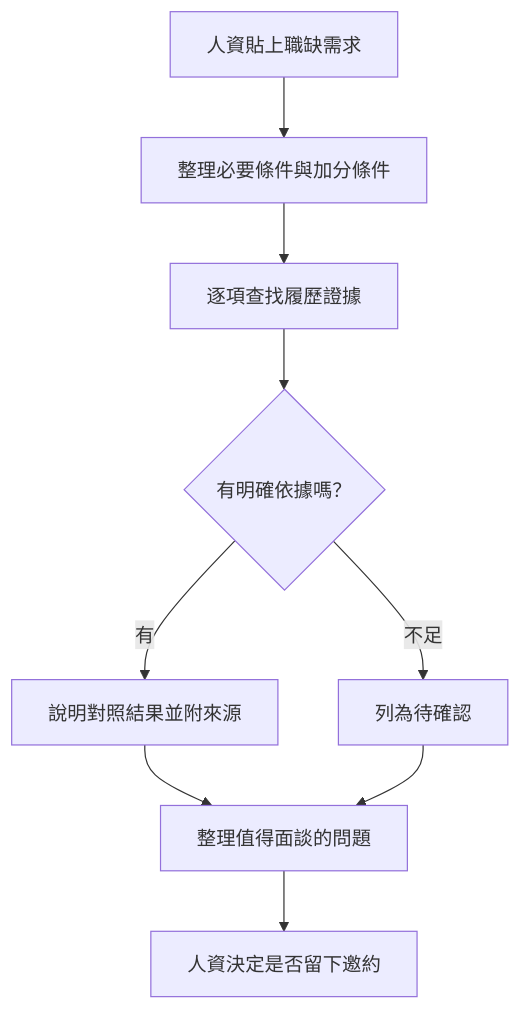
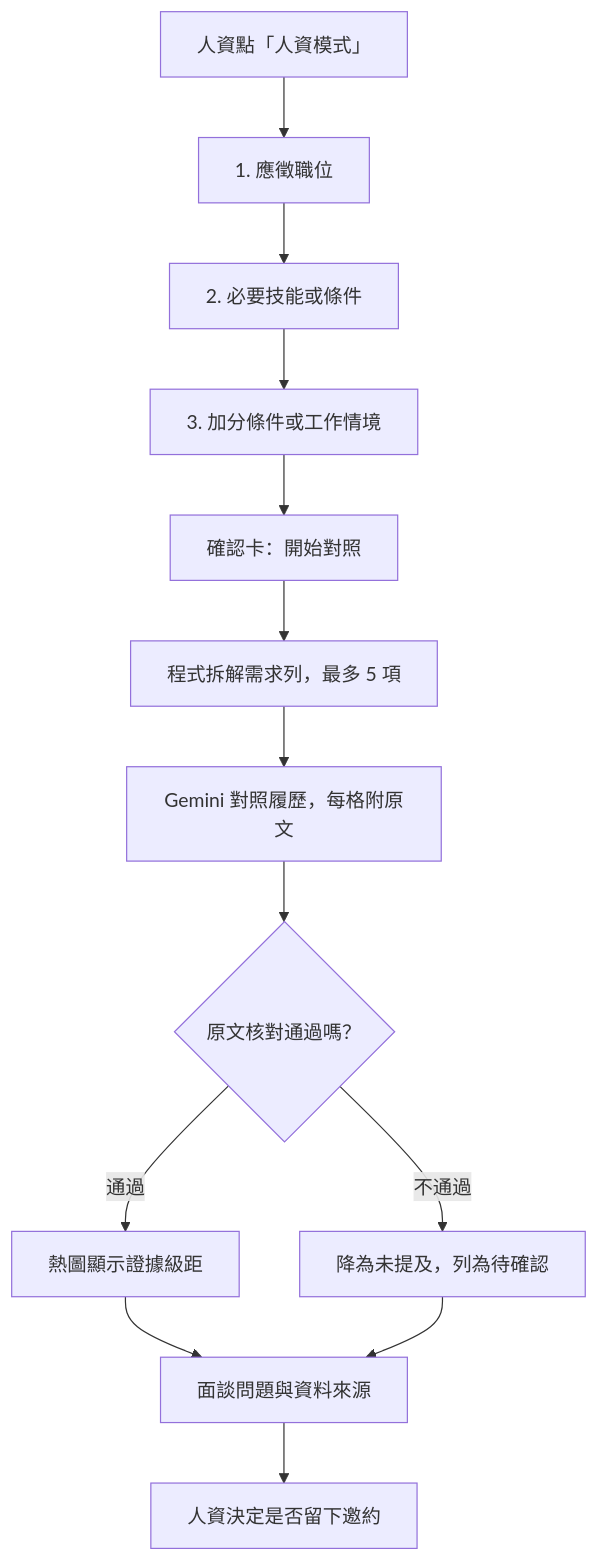
The diagram in docs/安裝後延伸思考.md (canlgz/ResumeRAGbot), drawn with Mermaid before and after one commit. The commit also changed other lines of this file and 20 other files, not shown here.

````diff
--- a/docs/安裝後延伸思考.md
+++ b/docs/安裝後延伸思考.md
@@ -11,11 +7,15 @@
 ```mermaid
 flowchart TD
-    A[人資貼上職缺需求] --> B[整理必要條件與加分條件]
-    B --> C[逐項查找履歷證據]
-    C --> D{有明確依據嗎？}
-    D -->|有| E[說明對照結果並附來源]
-    D -->|不足| F[列為待確認]
-    E --> G[整理值得面談的問題]
-    F --> G
-    G --> H[人資決定是否留下邀約]
+    A[人資點「人資模式」] --> B[1. 應徵職位]
+    B --> C[2. 必要技能或條件]
+    C --> D[3. 加分條件或工作情境]
+    D --> E[確認卡：開始對照]
+    E --> F[程式拆解需求列，最多 5 項]
+    F --> G[Gemini 對照履歷，每格附原文]
+    G --> H{原文核對通過嗎？}
+    H -->|通過| I[熱圖顯示證據級距]
+    H -->|不通過| J[降為未提及，列為待確認]
+    I --> K[面談問題與資料來源]
+    J --> K
+    K --> L[人資決定是否留下邀約]
 ```
````
